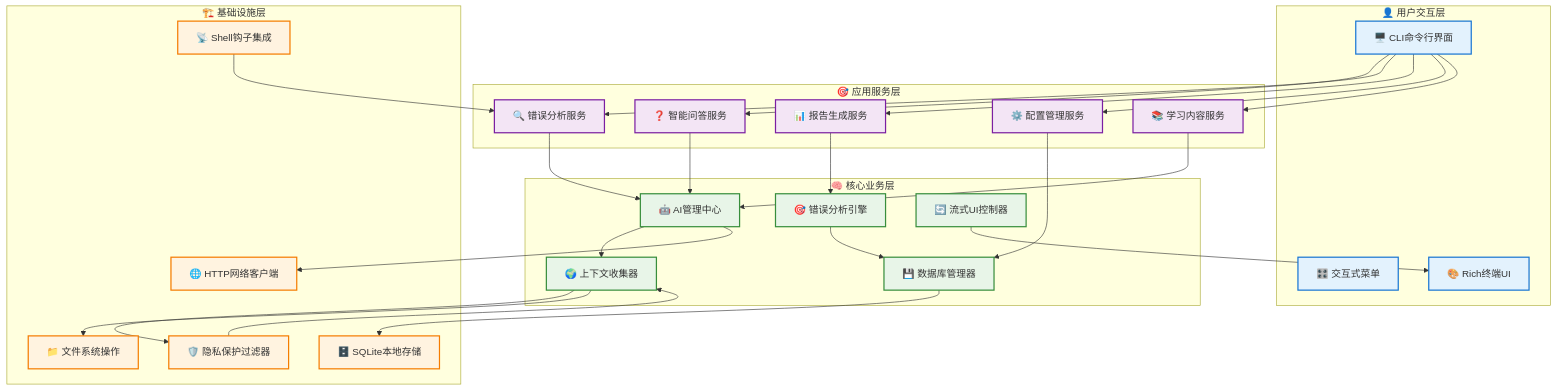
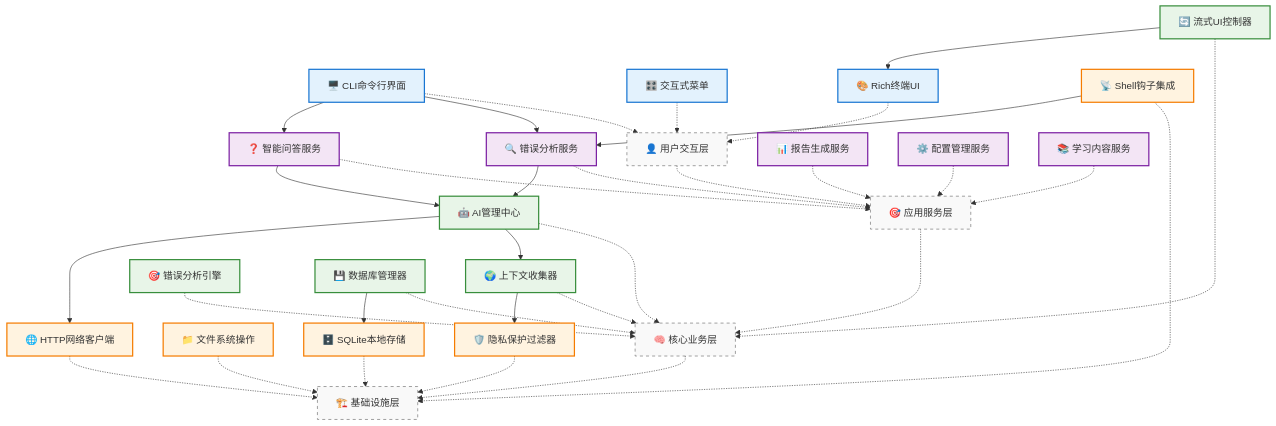
One commit to kangvcar/ais changed the first of 4 diagrams in docs/development/architecture.md. Above: the diagram before and after it, drawn with Mermaid. The commit also changed other lines of this file, not shown here.

Commit message:
refactor: 重新设计架构图，采用严格上下布局和层级分隔
### 架构图重新设计
- 📐 **严格垂直布局**: 采用层级分隔符实现真正的上下布局
  * 每层组件都通过虚线连接到层级标识符
  * 层级标识符从上到下依次排列：用户交互层 → 应用服务层 → 核心业务层 → 基础设施层
  * 确保四层架构从上到下清晰可见

- 🎨 **层级视觉分隔**:
  * 使用虚线(-.->)连接组件到层级标识
  * 层级标识符采用灰色虚线边框，与功能组件区分
  * 保持四种颜色编码：蓝(用户)、紫(服务)、绿(核心)、橙(基础)

- 🔗 **简化数据流**: 只保留核心数据流连接
  * CLI → 错误分析/问答服务
  * 服务层 → AI管理中心
  * AI中心 → 上下文收集器 → 网络客户端
  * 减少连接线复杂度，突出主要架构关系

- ❌ **删除缩放提示**: 确认VitePress中Mermaid不支持缩放功能

### 布局优势
- 四层架构严格按垂直方向排列
- 每层内部组件水平分布，充分利用宽度
- 层级关系一目了然，便于理解系统架构
- 图表高度适中，无需缩放即可清晰查看

````diff
--- a/docs/development/architecture.md
+++ b/docs/development/architecture.md
@@ -11,67 +11,79 @@
 ```mermaid
 graph TD
-    subgraph User["👤 用户交互层"]
-        A1["🖥️ CLI命令行界面"]
-        A2["🎛️ 交互式菜单"]
-        A3["🎨 Rich终端UI"]
-    end
+    %% 用户交互层
+    A1["🖥️ CLI命令行界面"] 
+    A2["🎛️ 交互式菜单"] 
+    A3["🎨 Rich终端UI"]
     
-    subgraph Service["🎯 应用服务层"]
-        B1["❓ 智能问答服务"]
-        B2["🔍 错误分析服务"]
-        B3["📊 报告生成服务"]
-        B4["⚙️ 配置管理服务"]
-        B5["📚 学习内容服务"]
-    end
+    %% 层级分隔
+    A1 -.-> USER_LAYER["👤 用户交互层"]
+    A2 -.-> USER_LAYER
+    A3 -.-> USER_LAYER
     
-    subgraph Core["🧠 核心业务层"]
-        C1["🤖 AI管理中心"]
-        C2["🌍 上下文收集器"]
-        C3["🎯 错误分析引擎"]
-        C4["💾 数据库管理器"]
-        C5["🔄 流式UI控制器"]
-    end
+    %% 应用服务层
+    B1["❓ 智能问答服务"]
+    B2["🔍 错误分析服务"] 
+    B3["📊 报告生成服务"]
+    B4["⚙️ 配置管理服务"]
+    B5["📚 学习内容服务"]
     
-    subgraph Infra["🏗️ 基础设施层"]
-        D1["📡 Shell钩子集成"]
-        D2["📁 文件系统操作"]
-        D3["🌐 HTTP网络客户端"]
-        D4["🗄️ SQLite本地存储"]
-        D5["🛡️ 隐私保护过滤器"]
-    end
+    USER_LAYER -.-> SERVICE_LAYER["🎯 应用服务层"]
+    B1 -.-> SERVICE_LAYER
+    B2 -.-> SERVICE_LAYER
+    B3 -.-> SERVICE_LAYER
+    B4 -.-> SERVICE_LAYER
+    B5 -.-> SERVICE_LAYER
     
-    %% 主要数据流
+    %% 核心业务层
+    C1["🤖 AI管理中心"]
+    C2["🌍 上下文收集器"]
+    C3["🎯 错误分析引擎"] 
+    C4["💾 数据库管理器"]
+    C5["🔄 流式UI控制器"]
+    
+    SERVICE_LAYER -.-> CORE_LAYER["🧠 核心业务层"]
+    C1 -.-> CORE_LAYER
+    C2 -.-> CORE_LAYER
+    C3 -.-> CORE_LAYER
+    C4 -.-> CORE_LAYER
+    C5 -.-> CORE_LAYER
+    
+    %% 基础设施层
+    D1["📡 Shell钩子集成"]
+    D2["📁 文件系统操作"]
+    D3["🌐 HTTP网络客户端"]
+    D4["🗄️ SQLite本地存储"] 
+    D5["🛡️ 隐私保护过滤器"]
+    
+    CORE_LAYER -.-> INFRA_LAYER["🏗️ 基础设施层"]
+    D1 -.-> INFRA_LAYER
+    D2 -.-> INFRA_LAYER
+    D3 -.-> INFRA_LAYER
+    D4 -.-> INFRA_LAYER
+    D5 -.-> INFRA_LAYER
+    
+    %% 主要数据流 - 简化版本
+    A1 --> B2
     A1 --> B1
-    A1 --> B2
-    A1 --> B3
-    A1 --> B4
-    A1 --> B5
-    
+    B2 --> C1
     B1 --> C1
-    B2 --> C1
-    B3 --> C3
-    B4 --> C4
-    B5 --> C1
-    
     C1 --> C2
     C1 --> D3
     C2 --> D5
-    C3 --> C4
+    C4 --> D4
+    D1 --> B2
     C5 --> A3
     
-    D1 --> B2
-    C2 --> D2
-    C4 --> D4
-    D5 --> C2
-    
-    %% 样式
+    %% 样式定义
     classDef userStyle fill:#e3f2fd,stroke:#1976d2,stroke-width:2px
-    classDef serviceStyle fill:#f3e5f5,stroke:#7b1fa2,stroke-width:2px
+    classDef serviceStyle fill:#f3e5f5,stroke:#7b1fa2,stroke-width:2px  
     classDef coreStyle fill:#e8f5e8,stroke:#388e3c,stroke-width:2px
     classDef infraStyle fill:#fff3e0,stroke:#f57c00,stroke-width:2px
+    classDef layerStyle fill:#f9f9f9,stroke:#666,stroke-width:1px,stroke-dasharray: 5 5
     
     class A1,A2,A3 userStyle
     class B1,B2,B3,B4,B5 serviceStyle
     class C1,C2,C3,C4,C5 coreStyle
     class D1,D2,D3,D4,D5 infraStyle
+    class USER_LAYER,SERVICE_LAYER,CORE_LAYER,INFRA_LAYER layerStyle
 ```
````
